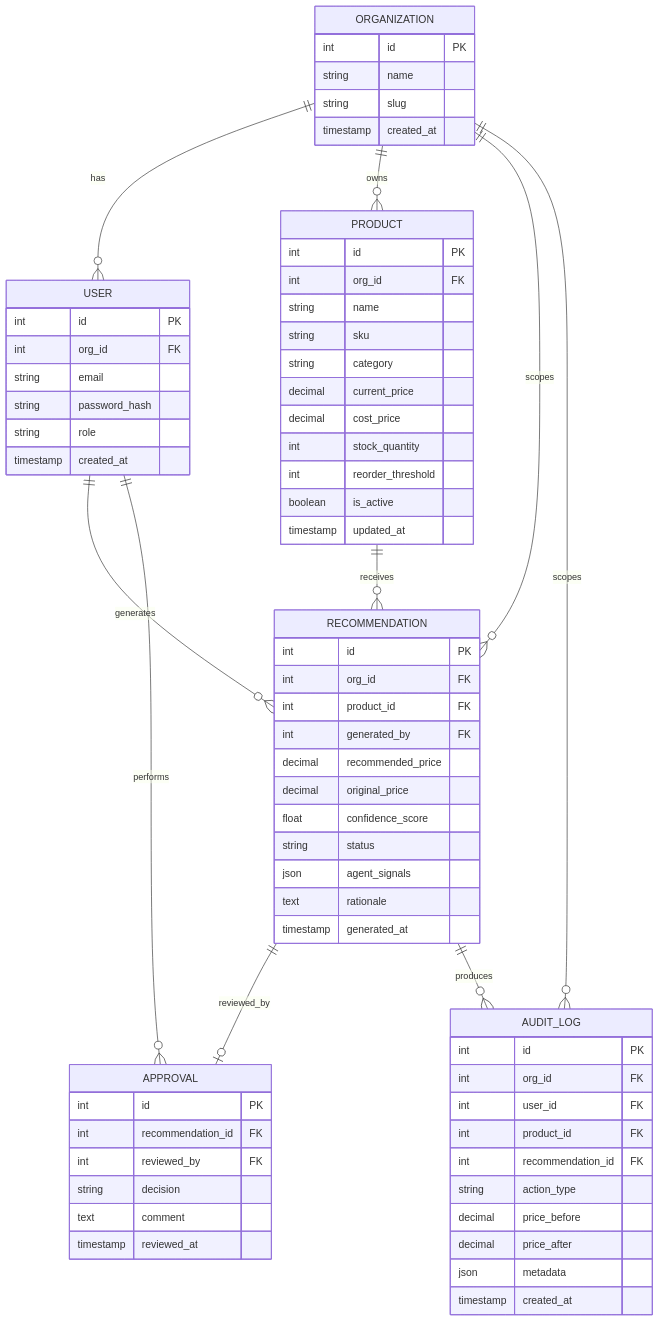
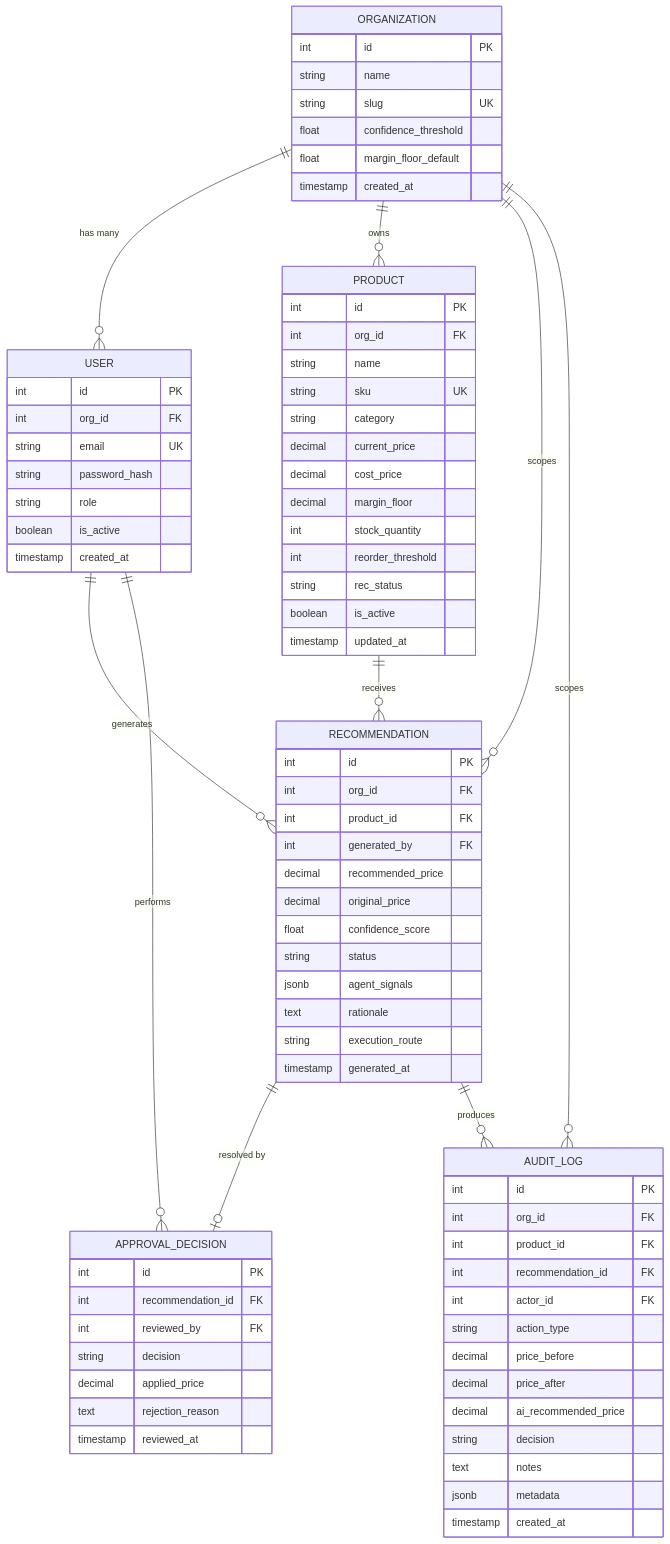
The sixth of 6 diagrams in README.md (parthTyagi-tech/dynamic-pricing-intelligence-platform), drawn with Mermaid before and after one commit. The commit also changed other lines of this file, not shown here.

````diff
--- a/README.md
+++ b/README.md
@@ -569,16 +442,19 @@
     ORGANIZATION {
         int id PK
         string name
-        string slug
+        string slug UK
+        float confidence_threshold
+        float margin_floor_default
         timestamp created_at
     }
 
     USER {
         int id PK
         int org_id FK
-        string email
+        string email UK
         string password_hash
         string role
+        boolean is_active
         timestamp created_at
     }
 
@@ -586,12 +462,14 @@
         int id PK
         int org_id FK
         string name
-        string sku
+        string sku UK
         string category
         decimal current_price
         decimal cost_price
+        decimal margin_floor
         int stock_quantity
         int reorder_threshold
+        string rec_status
         boolean is_active
         timestamp updated_at
     }
@@ -605,40 +483,45 @@
         decimal original_price
         float confidence_score
         string status
-        json agent_signals
+        jsonb agent_signals
         text rationale
+        string execution_route
         timestamp generated_at
     }
 
-    APPROVAL {
+    APPROVAL_DECISION {
         int id PK
         int recommendation_id FK
         int reviewed_by FK
         string decision
-        text comment
+        decimal applied_price
+        text rejection_reason
         timestamp reviewed_at
     }
 
     AUDIT_LOG {
         int id PK
         int org_id FK
-        int user_id FK
         int product_id FK
         int recommendation_id FK
+        int actor_id FK
         string action_type
         decimal price_before
         decimal price_after
-        json metadata
+        decimal ai_recommended_price
+        string decision
+        text notes
+        jsonb metadata
         timestamp created_at
     }
 
-    ORGANIZATION ||--o{ USER : "has"
+    ORGANIZATION ||--o{ USER : "has many"
     ORGANIZATION ||--o{ PRODUCT : "owns"
     ORGANIZATION ||--o{ RECOMMENDATION : "scopes"
     ORGANIZATION ||--o{ AUDIT_LOG : "scopes"
     USER ||--o{ RECOMMENDATION : "generates"
     PRODUCT ||--o{ RECOMMENDATION : "receives"
-    RECOMMENDATION ||--o| APPROVAL : "reviewed_by"
-    USER ||--o{ APPROVAL : "performs"
+    RECOMMENDATION ||--o| APPROVAL_DECISION : "resolved by"
+    USER ||--o{ APPROVAL_DECISION : "performs"
     RECOMMENDATION ||--o{ AUDIT_LOG : "produces"
 ```
````
